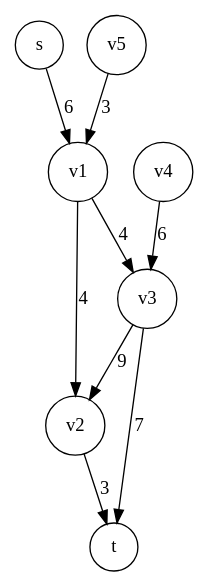
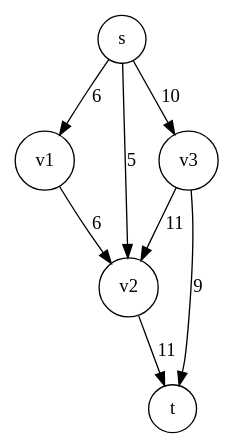
One commit to adamMcneil/cs5200-homework-4 changed the diagram in questionthree.dot. Above: the diagram before and after it, drawn with Graphviz. The commit also changed 15 other files, not shown here.

Commit message:
added graph that I did not have before

```diff
--- a/questionthree.dot
+++ b/questionthree.dot
@@ -1,11 +1,10 @@
 digraph questionthree {
 node [shape=circle]
 s -> v1 [label="6"]
-v1 -> v2 [label="4"]
-v1 -> v3 [label="4"]
-v2 -> t [label="3"]
-v3 -> t [label="7"]
-v3 -> v2 [label="9"]
-v4 -> v3 [label="6"]
-v5 -> v1 [label="3"]
+s -> v2 [label="5"]
+s -> v3 [label="10"]
+v1 -> v2 [label="6"]
+v2 -> t [label="11"]
+v3 -> v2 [label="11"]
+v3 -> t [label="9"]
 }
```
